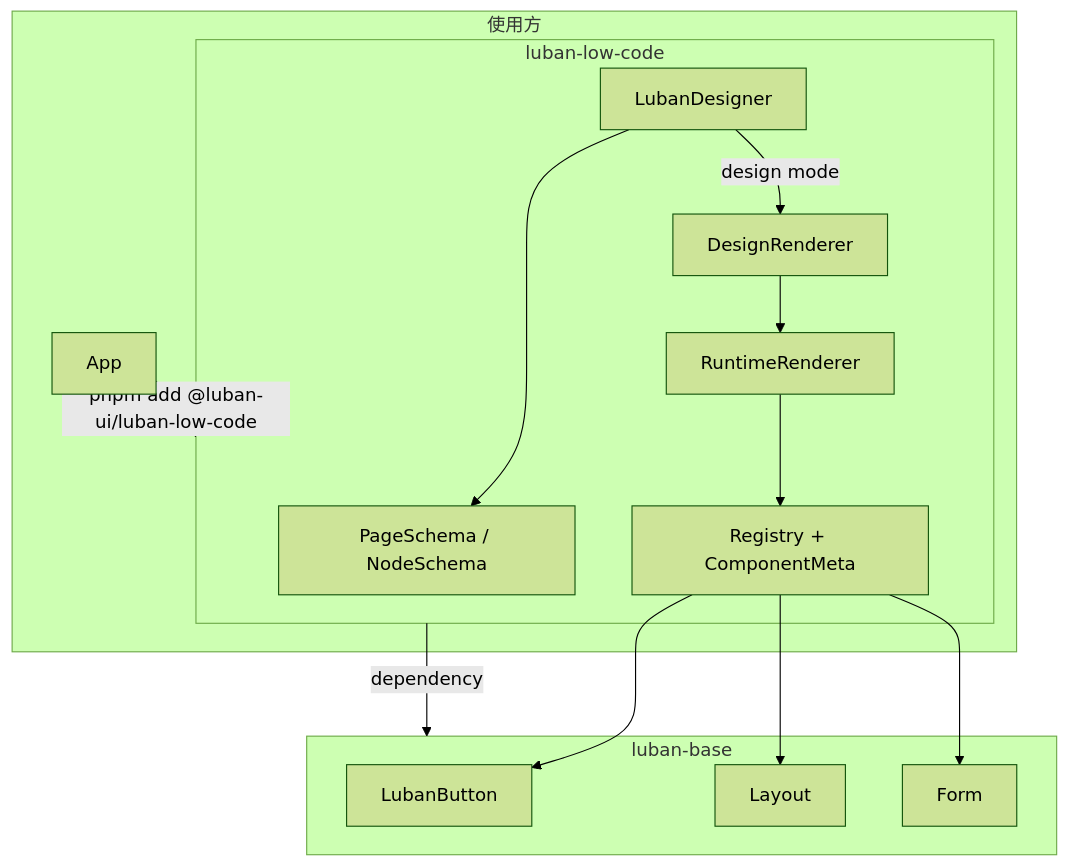
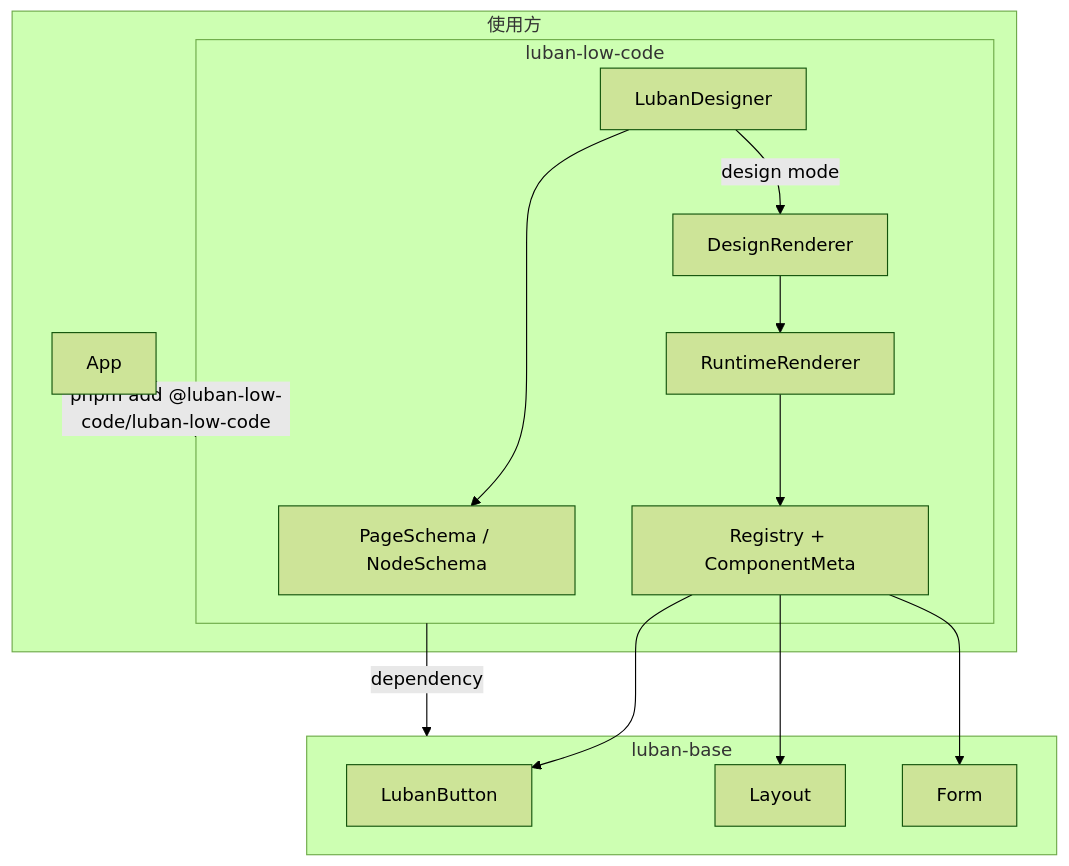
Before and after one commit to xiaoshuai1024/luban-ui: the diagram in docs/LOWCODE_DESIGN.md, drawn with Mermaid (forest theme). The commit also changed other lines of this file and 15 other files, not shown here.

````diff
--- a/docs/LOWCODE_DESIGN.md
+++ b/docs/LOWCODE_DESIGN.md
@@ -68,26 +68,26 @@
 ```mermaid
 flowchart TB
   subgraph consumer [使用方]
     App[App]
-    App -->|"pnpm add @luban-ui/luban-low-code"| Pkg
+    App -->|"pnpm add @luban-low-code/luban-low-code"| Pkg
   end
   subgraph Pkg [luban-low-code]
     Schema[PageSchema / NodeSchema]
     Registry[Registry + ComponentMeta]
     RuntimeRenderer[RuntimeRenderer]
     LubanDesigner[LubanDesigner]
     RuntimeRenderer --> Registry
     LubanDesigner --> Schema
     LubanDesigner -->|"design mode"| DesignRenderer[DesignRenderer]
     DesignRenderer --> RuntimeRenderer
   end
   subgraph base [luban-base]
     Button[LubanButton]
     Layout[Layout]
     Form[Form]
   end
   Registry --> Button
   Registry --> Layout
   Registry --> Form
   Pkg -->|dependency| base
 ```
````
